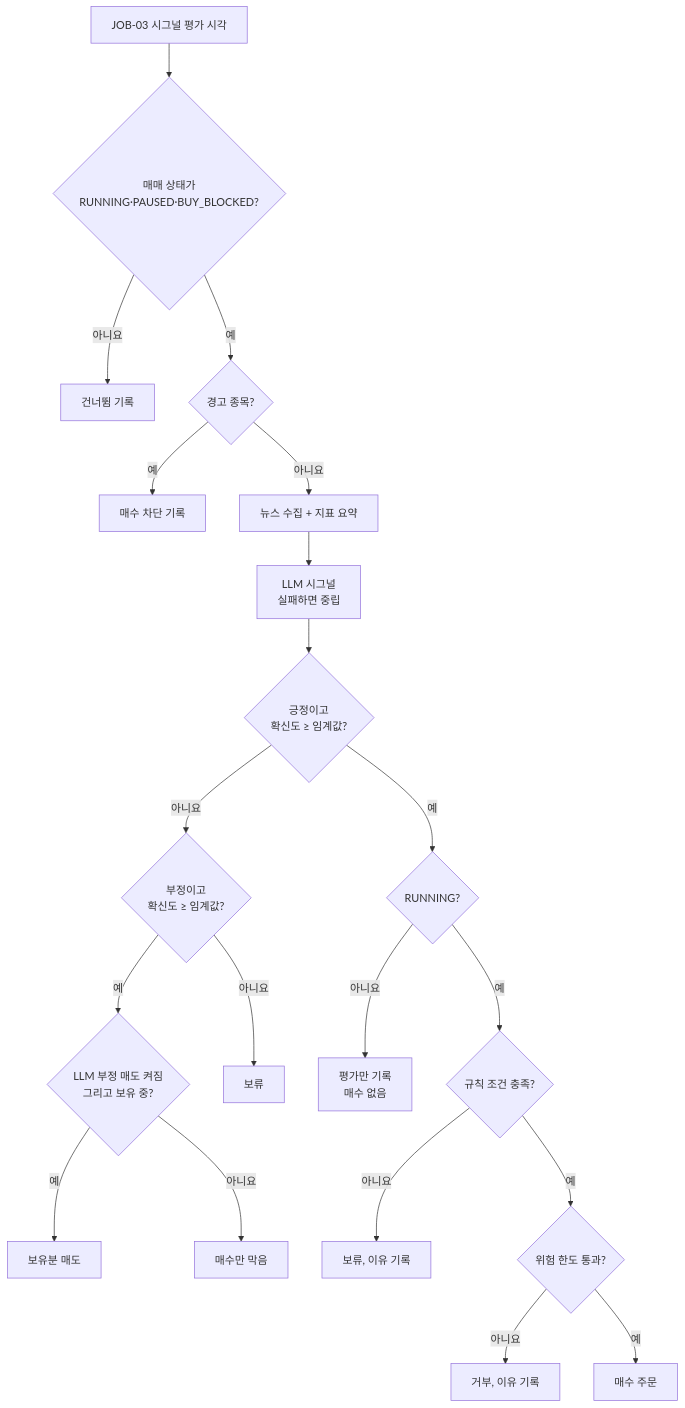
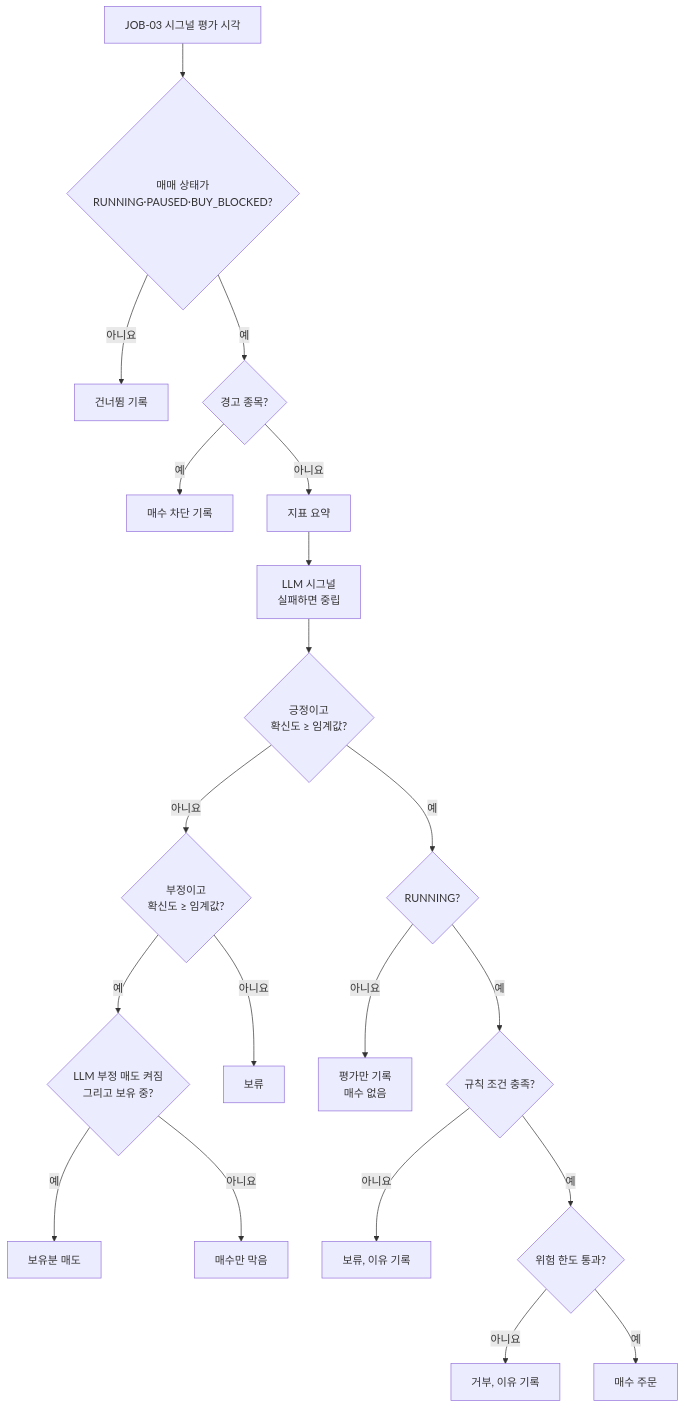
The first of 2 diagrams in docs/03-functional/trading-logic.md (khy920723/upbit-autotrader), drawn with Mermaid before and after one commit. The commit also changed other lines of this file and 33 other files, not shown here.

````diff
--- a/docs/03-functional/trading-logic.md
+++ b/docs/03-functional/trading-logic.md
@@ -9,22 +9,22 @@
 ```mermaid
 flowchart TD
     T[JOB-03 시그널 평가 시각] --> S{"매매 상태가<br/>RUNNING·PAUSED·BUY_BLOCKED?"}
     S -- 아니요 --> R0[건너뜀 기록]
     S -- 예 --> B{경고 종목?}
     B -- 예 --> R1[매수 차단 기록]
-    B -- 아니요 --> N[뉴스 수집 + 지표 요약]
+    B -- 아니요 --> N[지표 요약]
     N --> L["LLM 시그널<br/>실패하면 중립"]
     L --> P{"긍정이고<br/>확신도 ≥ 임계값?"}
     P -- 아니요 --> NEG{"부정이고<br/>확신도 ≥ 임계값?"}
     NEG -- 예 --> O{"LLM 부정 매도 켜짐<br/>그리고 보유 중?"}
     O -- 예 --> SELL[보유분 매도]
     O -- 아니요 --> HOLD[매수만 막음]
     NEG -- 아니요 --> HOLD2[보류]
     P -- 예 --> RS{RUNNING?}
     RS -- 아니요 --> HOLD5["평가만 기록<br/>매수 없음"]
     RS -- 예 --> RULE{규칙 조건 충족?}
     RULE -- 아니요 --> HOLD3[보류, 이유 기록]
     RULE -- 예 --> RISK{위험 한도 통과?}
     RISK -- 아니요 --> HOLD4[거부, 이유 기록]
     RISK -- 예 --> BUY[매수 주문]
 ```
````
